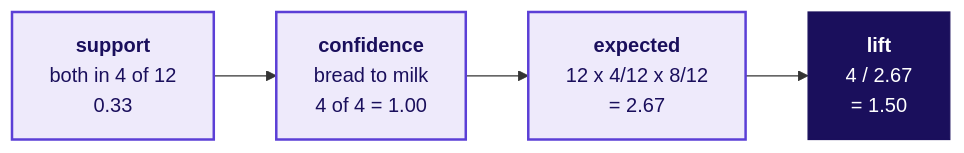
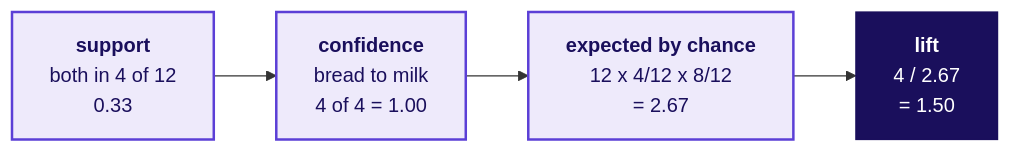
Diagram 11 of 12 in content/W04/D3/slides/C2_W04_D03_half1_STUDENT.md (fde-academy-lab/c2-content-factory), drawn with Mermaid before and after one commit. The commit also changed other lines of this file and 3 other files, not shown here.

````diff
--- a/content/W04/D3/slides/C2_W04_D03_half1_STUDENT.md
+++ b/content/W04/D3/slides/C2_W04_D03_half1_STUDENT.md
@@ -1023,10 +1039,10 @@
 ```mermaid
 flowchart LR
     A["<b>support</b><br/>both in 4 of 12<br/>0.33"] --> B["<b>confidence</b><br/>bread to milk<br/>4 of 4 = 1.00"]
-    B --> C["<b>expected</b><br/>12 x 4/12 x 8/12<br/>= 2.67"]
+    B --> C["<b>expected by chance</b><br/>12 x 4/12 x 8/12<br/>= 2.67"]
     C --> D["<b>lift</b><br/>4 / 2.67<br/>= 1.50"]
     classDef lit fill:#1A0F5C,stroke:#1A0F5C,color:#FFFFFF
     classDef known fill:#EEEAFB,stroke:#5B3FD6,color:#1A0F5C,stroke-width:2px
     class A,B,C known
     class D lit
 ```
````
